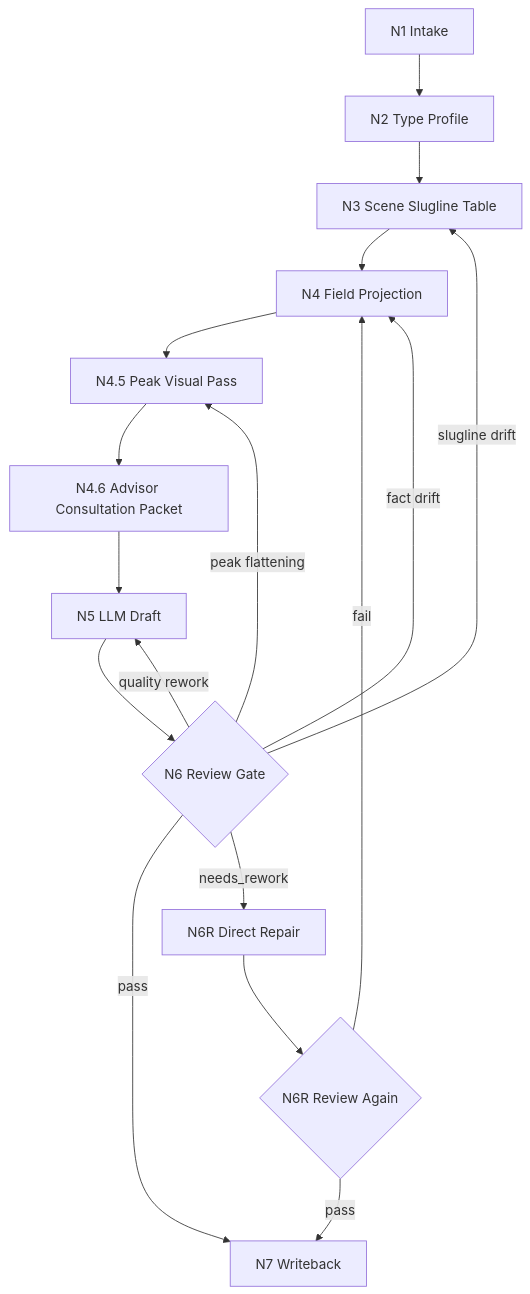
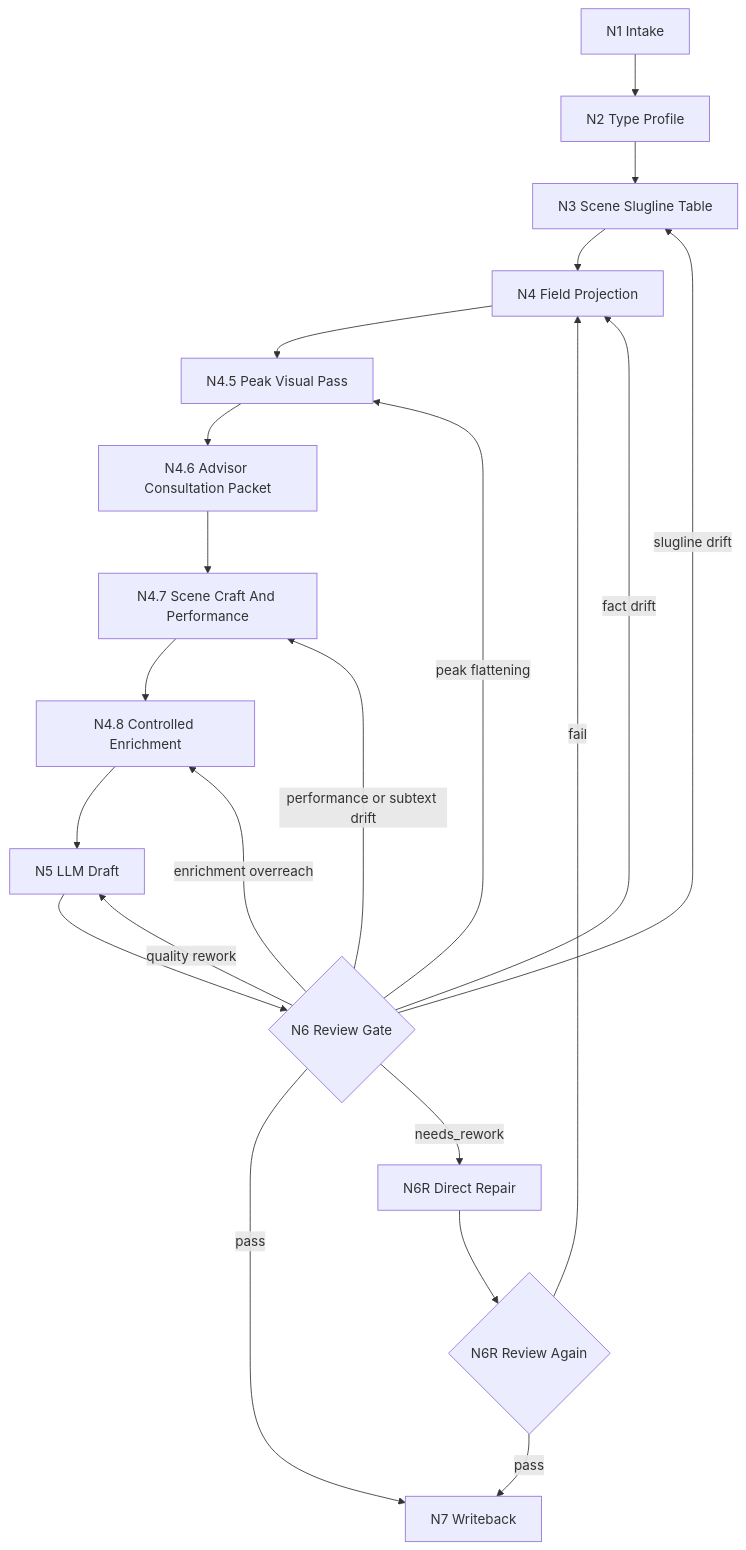
Before and after one commit to ZEN-VOID/AI-CUT: the diagram in .agents/skills/aigc/2-编导/steps/directing-workflow.md, drawn with Mermaid. The commit also changed other lines of this file and 122 other files, not shown here.

````diff
--- a/.agents/skills/aigc/2-编导/steps/directing-workflow.md
+++ b/.agents/skills/aigc/2-编导/steps/directing-workflow.md
@@ -56,19 +63,23 @@
 ```mermaid
 flowchart TD
     A["N1 Intake"] --> B["N2 Type Profile"]
     B --> C["N3 Scene Slugline Table"]
     C --> D["N4 Field Projection"]
     D --> H["N4.5 Peak Visual Pass"]
     H --> I["N4.6 Advisor Consultation Packet"]
-    I --> E["N5 LLM Draft"]
+    I --> CRAFT["N4.7 Scene Craft And Performance"]
+    CRAFT --> ENRICH["N4.8 Controlled Enrichment"]
+    ENRICH --> E["N5 LLM Draft"]
     E --> F{"N6 Review Gate"}
     F -->|"pass"| G["N7 Writeback"]
     F -->|"needs_rework"| R["N6R Direct Repair"]
     R --> RR{"N6R Review Again"}
     RR -->|"pass"| G
     RR -->|"fail"| D
     F -->|"fact drift"| D
     F -->|"peak flattening"| H
     F -->|"slugline drift"| C
+    F -->|"performance or subtext drift"| CRAFT
+    F -->|"enrichment overreach"| ENRICH
     F -->|"quality rework"| E
 ```
````
